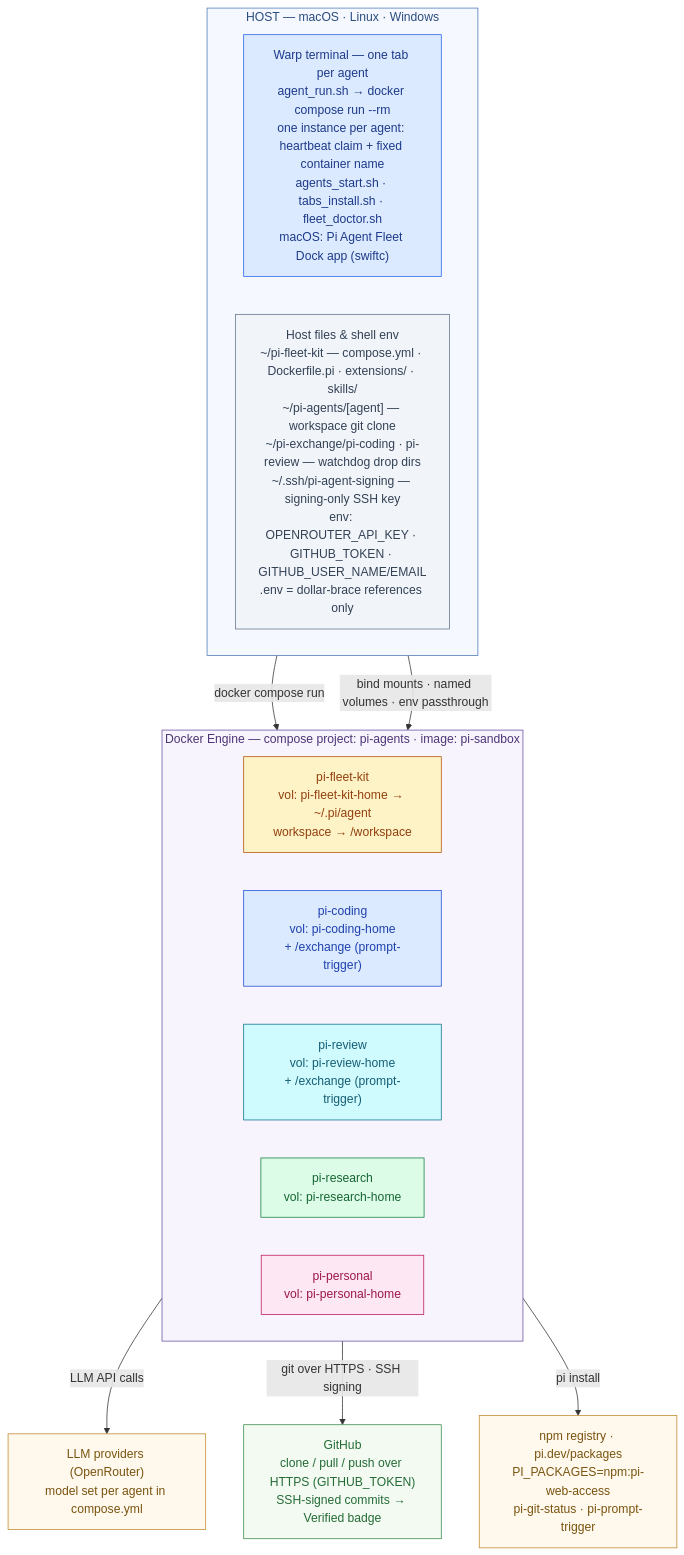
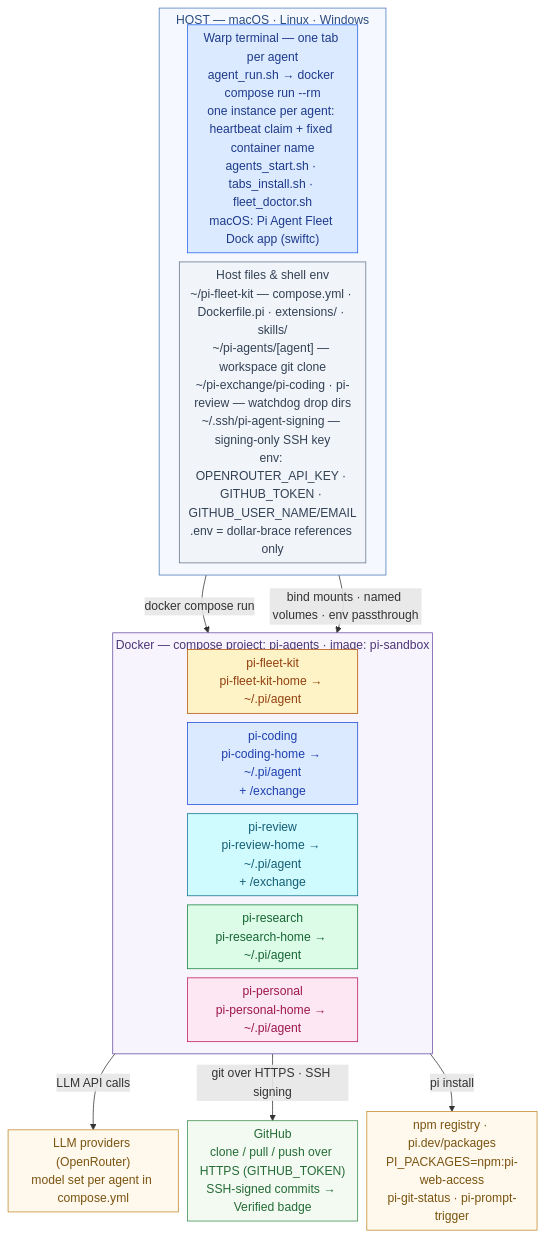
Before and after one commit to didier-durand/pi-fleet-kit: the diagram in README.md, drawn with Mermaid.

Commit message:
Diagram: compact the Docker subgraph (shorter labels, tighter spacing via init)

````diff
--- a/README.md
+++ b/README.md
@@ -99,46 +99,47 @@
 ```mermaid
+%%{init: {"flowchart": {"nodeSpacing": 12, "rankSpacing": 28, "padding": 6, "diagramPadding": 8, "subGraphTitleMargin": {"top": 4, "bottom": 2}}}}%%
 flowchart TB
   subgraph HOST["HOST — macOS · Linux · Windows"]
     direction LR
     WARP["Warp terminal — one tab per agent<br/>agent_run.sh → docker compose run --rm<br/>one instance per agent: heartbeat claim + fixed container name<br/>agents_start.sh · tabs_install.sh · fleet_doctor.sh<br/>macOS: Pi Agent Fleet Dock app (swiftc)"]
     FILES["Host files & shell env<br/>~/pi-fleet-kit — compose.yml · Dockerfile.pi · extensions/ · skills/<br/>~/pi-agents/[agent] — workspace git clone<br/>~/pi-exchange/pi-coding · pi-review — watchdog drop dirs<br/>~/.ssh/pi-agent-signing — signing-only SSH key<br/>env: OPENROUTER_API_KEY · GITHUB_TOKEN · GITHUB_USER_NAME/EMAIL<br/>.env = dollar-brace references only"]
   end
-  subgraph DOCKER["Docker Engine — compose project: pi-agents · image: pi-sandbox"]
+  subgraph DOCKER["Docker — compose project: pi-agents · image: pi-sandbox"]
     direction LR
-    FLEET["pi-fleet-kit<br/>vol: pi-fleet-kit-home → ~/.pi/agent<br/>workspace → /workspace"]
-    CODING["pi-coding<br/>vol: pi-coding-home<br/>+ /exchange (prompt-trigger)"]
-    REVIEW["pi-review<br/>vol: pi-review-home<br/>+ /exchange (prompt-trigger)"]
-    RESEARCH["pi-research<br/>vol: pi-research-home"]
-    PERSONAL["pi-personal<br/>vol: pi-personal-home"]
+    FLEET["pi-fleet-kit<br/>pi-fleet-kit-home → ~/.pi/agent"]
+    CODING["pi-coding<br/>pi-coding-home → ~/.pi/agent<br/>+ /exchange"]
+    REVIEW["pi-review<br/>pi-review-home → ~/.pi/agent<br/>+ /exchange"]
+    RESEARCH["pi-research<br/>pi-research-home → ~/.pi/agent"]
+    PERSONAL["pi-personal<br/>pi-personal-home → ~/.pi/agent"]
   end
   LLM["LLM providers (OpenRouter)<br/>model set per agent in compose.yml"]
   GH["GitHub<br/>clone / pull / push over HTTPS (GITHUB_TOKEN)<br/>SSH-signed commits → Verified badge"]
   NPM["npm registry · pi.dev/packages<br/>PI_PACKAGES=npm:pi-web-access<br/>pi-git-status · pi-prompt-trigger"]
   WARP -->|"docker compose run"| DOCKER
   FILES -->|"bind mounts · named volumes · env passthrough"| DOCKER
   DOCKER -->|"LLM API calls"| LLM
   DOCKER -->|"git over HTTPS · SSH signing"| GH
   DOCKER -->|"pi install"| NPM
   classDef warp fill:#DBEAFE,stroke:#2563EB,color:#1E3A8A
   classDef files fill:#F1F5F9,stroke:#64748B,color:#334155
   classDef yellow fill:#FEF3C7,stroke:#B45309,color:#92400E
   classDef blue fill:#DBEAFE,stroke:#1D4ED8,color:#1E40AF
   classDef cyan fill:#CFFAFE,stroke:#0E7490,color:#155E75
   classDef green fill:#DCFCE7,stroke:#15803D,color:#166534
   classDef magenta fill:#FCE7F3,stroke:#BE185D,color:#9D174D
   classDef llm fill:#FFF8EC,stroke:#C08A2D,color:#7A5410
   classDef gh fill:#F2FAF2,stroke:#3C8C4E,color:#256B36
   classDef npm fill:#FFF8EC,stroke:#C08A2D,color:#7A5410
   class WARP warp
   class FILES files
   class FLEET yellow
   class CODING blue
   class REVIEW cyan
   class RESEARCH green
   class PERSONAL magenta
   class LLM llm
   class GH gh
   class NPM npm
   style HOST fill:#F5F9FF,stroke:#4A78B5,color:#2B4C7E
   style DOCKER fill:#F7F4FD,stroke:#6A4FA3,color:#4C3575
 ```
````
